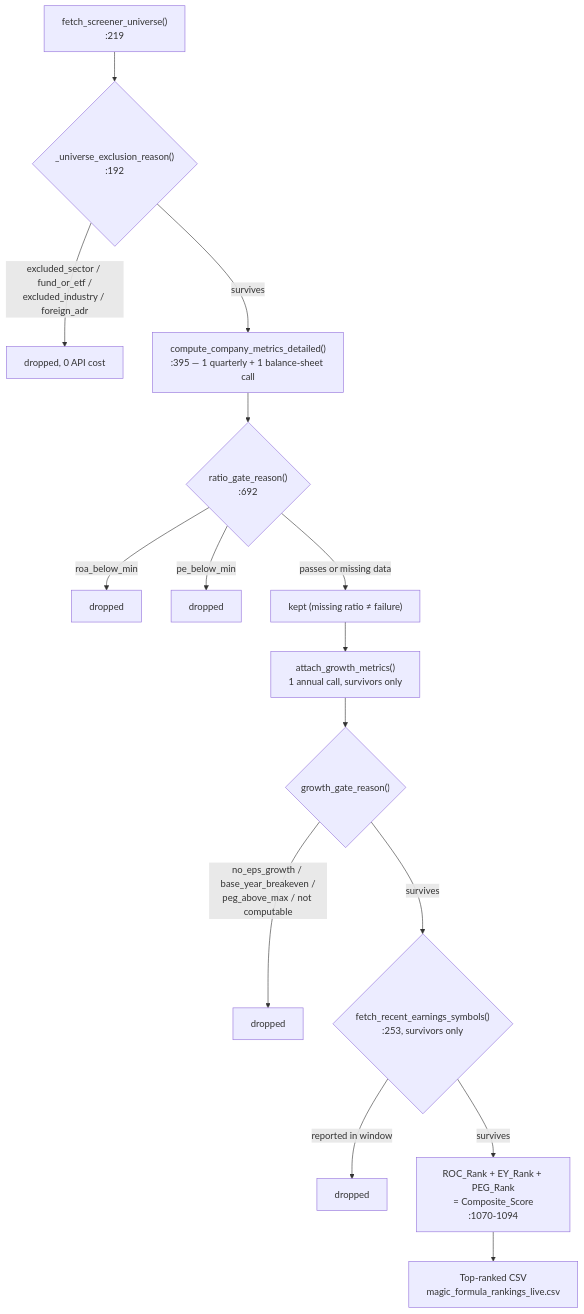
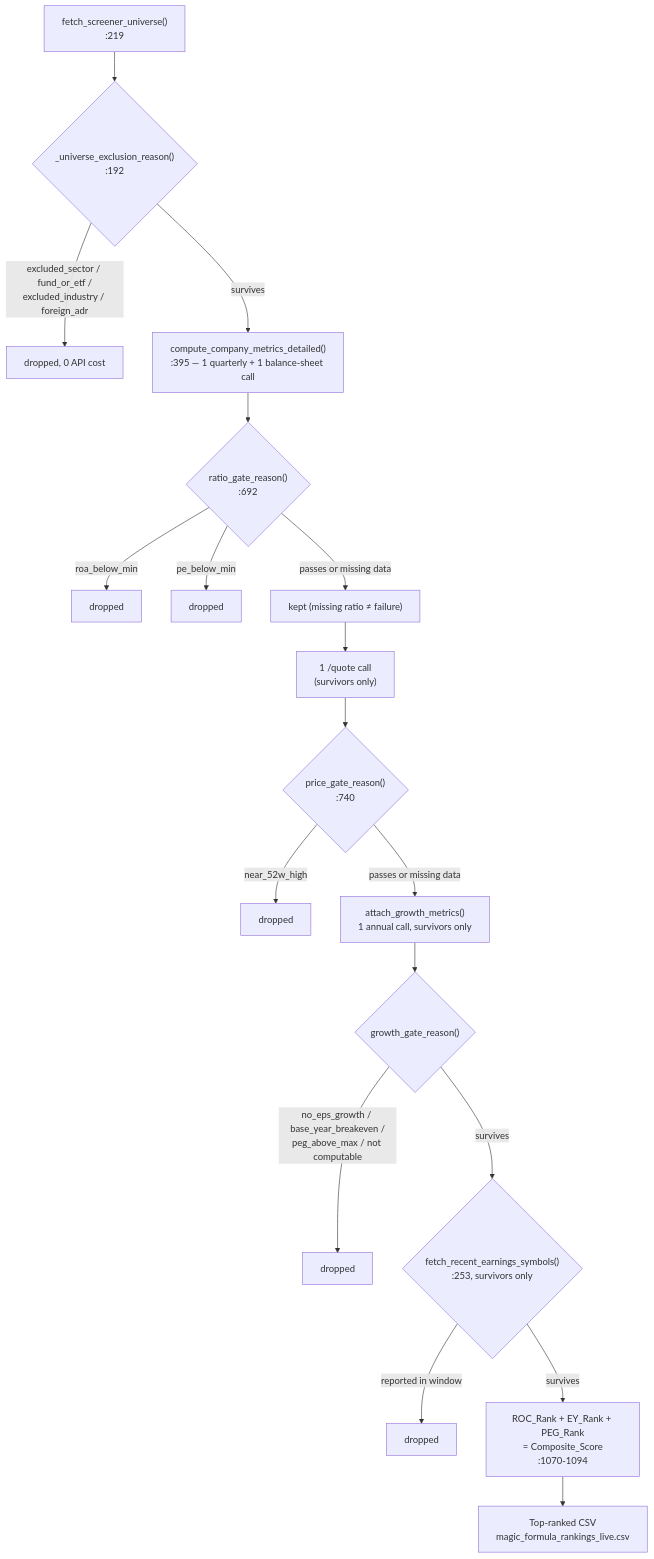
The diagram in docs/04-screener-internals.md (sun4github/magic-stock-picker), drawn with Mermaid before and after one commit. The commit also changed other lines of this file and 5 other files, not shown here.

First line of the commit message:
Document the 52-week-high gate and keep the single-ticker check in sync

````diff
--- a/docs/04-screener-internals.md
+++ b/docs/04-screener-internals.md
@@ -40,17 +40,20 @@
 ```mermaid
 flowchart TD
     U["fetch_screener_universe()\n:219"] --> G1{"_universe_exclusion_reason()\n:192"}
     G1 -->|excluded_sector / fund_or_etf /\nexcluded_industry / foreign_adr| Drop1[dropped, 0 API cost]
     G1 -->|survives| Fin["compute_company_metrics_detailed()\n:395 — 1 quarterly + 1 balance-sheet call"]
     Fin --> G2{"ratio_gate_reason()\n:692"}
     G2 -->|roa_below_min| Drop2[dropped]
     G2 -->|pe_below_min| Drop3[dropped]
     G2 -->|passes or missing data| Keep["kept (missing ratio ≠ failure)"]
-    Keep --> Growth["attach_growth_metrics()\n1 annual call, survivors only"]
+    Keep --> Quote["1 /quote call\n(survivors only)"]
+    Quote --> G2b{"price_gate_reason()\n:740"}
+    G2b -->|near_52w_high| Drop2b[dropped]
+    G2b -->|passes or missing data| Growth["attach_growth_metrics()\n1 annual call, survivors only"]
     Growth --> G4{"growth_gate_reason()"}
     G4 -->|no_eps_growth / base_year_breakeven /\npeg_above_max / not computable| Drop5[dropped]
     G4 -->|survives| G3{"fetch_recent_earnings_symbols()\n:253, survivors only"}
     G3 -->|reported in window| Drop4[dropped]
     G3 -->|survives| Rank["ROC_Rank + EY_Rank + PEG_Rank\n= Composite_Score\n:1070-1094"]
     Rank --> Out["Top-ranked CSV\nmagic_formula_rankings_live.csv"]
 ```
````
